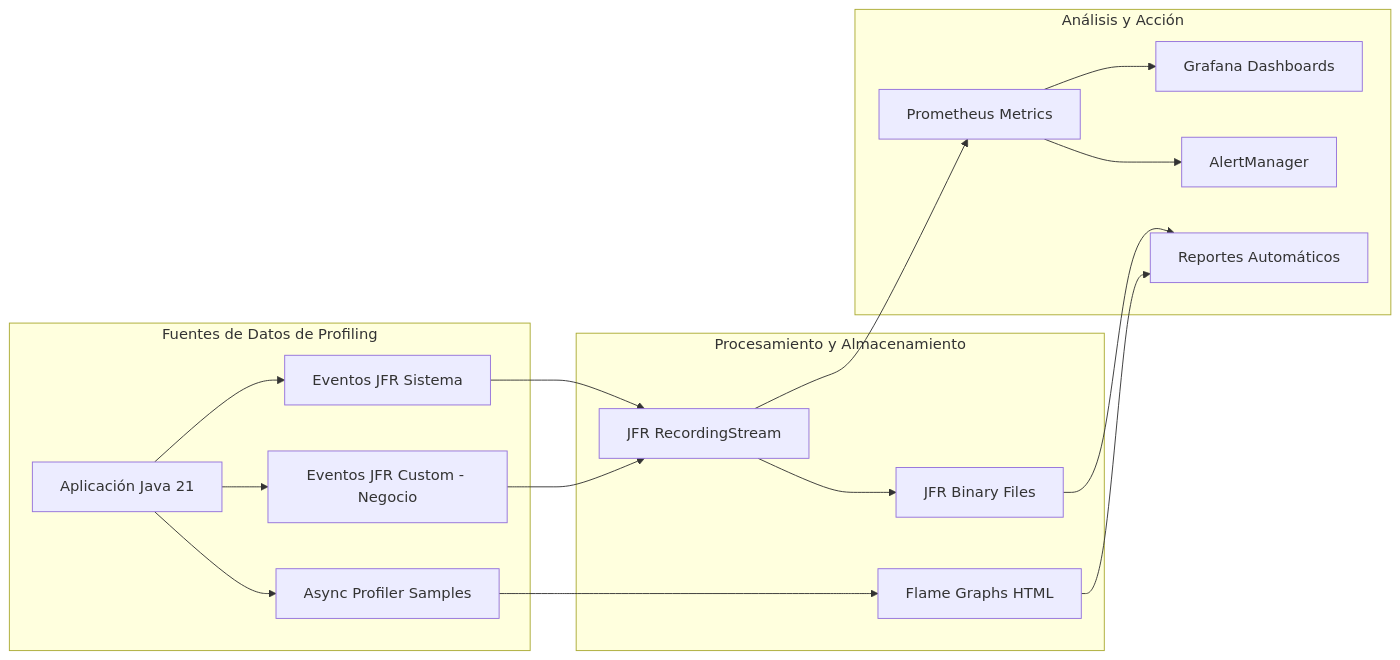
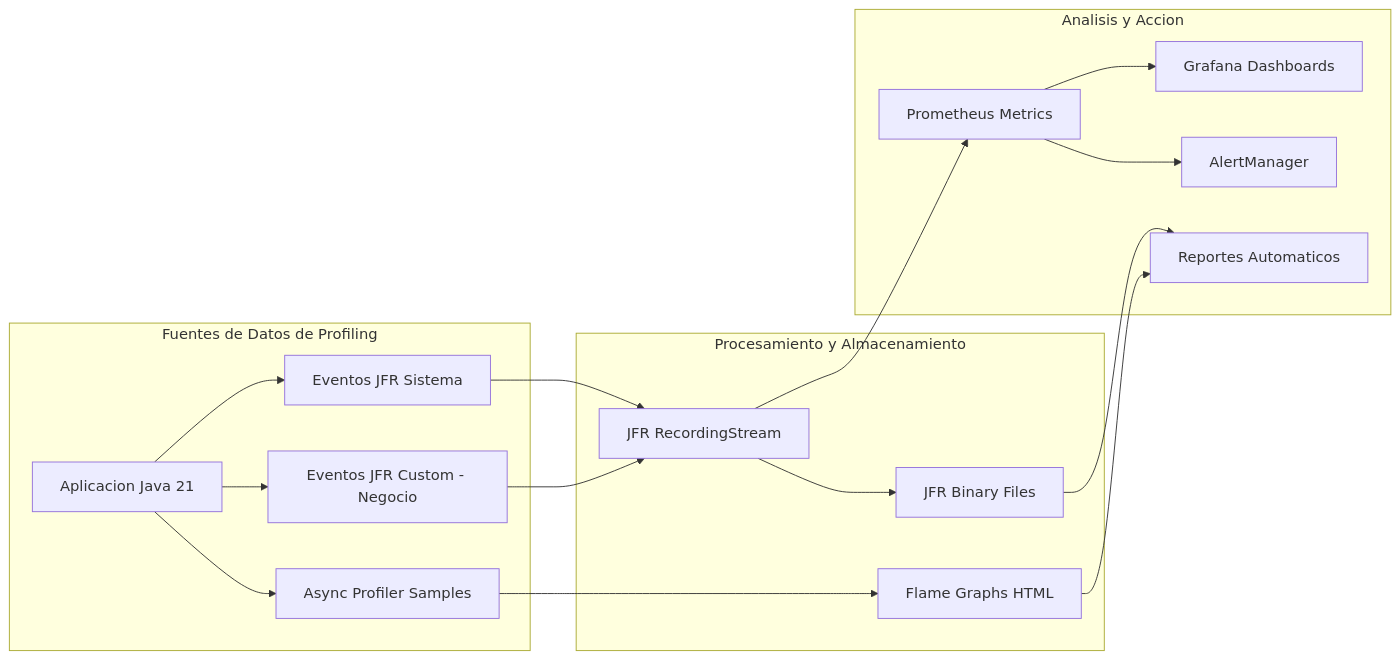
Before and after one commit to Joaquinriosheredia/DAM-Java-Mastery: the second of 4 diagrams in 01_Java_Core/profiling_avanzado_en_java_con_jfr_y_async_profiler_STAFF.md, drawn with Mermaid. The commit also changed other lines of this file, not shown here.

Commit message:
profiling_avanzado_en_java_con_jfr_y_async_profiler_STAFF.md

````diff
--- a/01_Java_Core/profiling_avanzado_en_java_con_jfr_y_async_profiler_STAFF.md
+++ b/01_Java_Core/profiling_avanzado_en_java_con_jfr_y_async_profiler_STAFF.md
@@ -102,38 +122,38 @@
 ```mermaid
 graph LR
     subgraph "Fuentes de Datos de Profiling"
-        APP[Aplicación Java 21]
+        APP[Aplicacion Java 21]
         JFR_EVT[Eventos JFR Sistema]
         CUSTOM_EVT[Eventos JFR Custom - Negocio]
         ASYNC[Async Profiler Samples]
     end
     
     subgraph "Procesamiento y Almacenamiento"
         STREAM[JFR RecordingStream]
         FILE[JFR Binary Files]
         FLAME[Flame Graphs HTML]
     end
     
-    subgraph "Análisis y Acción"
+    subgraph "Analisis y Accion"
         PROM[Prometheus Metrics]
         GRAF[Grafana Dashboards]
         ALERT[AlertManager]
-        REPORT[Reportes Automáticos]
+        REPORT[Reportes Automaticos]
     end
     
     APP --> JFR_EVT
     APP --> CUSTOM_EVT
     APP --> ASYNC
     
     JFR_EVT --> STREAM
     CUSTOM_EVT --> STREAM
     STREAM --> PROM
     STREAM --> FILE
     
     ASYNC --> FLAME
     FLAME --> REPORT
     
     PROM --> GRAF
     PROM --> ALERT
     FILE --> REPORT
 ```
````
